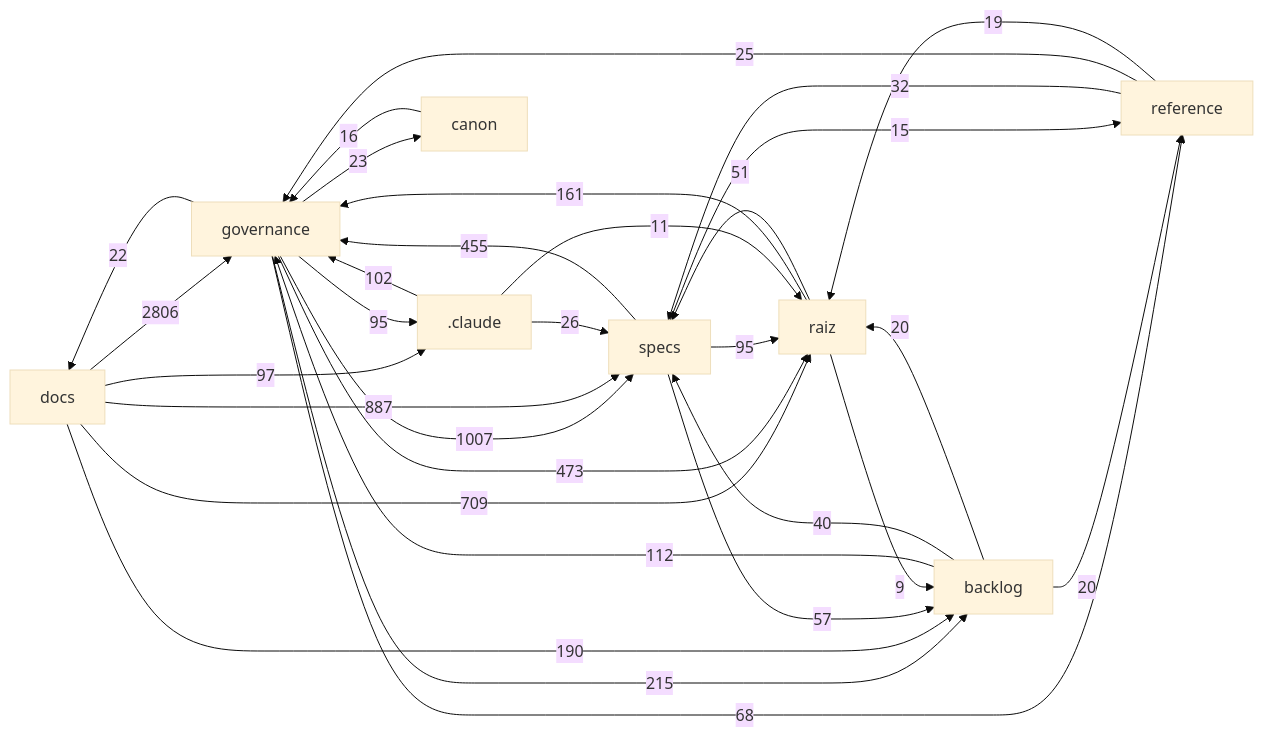
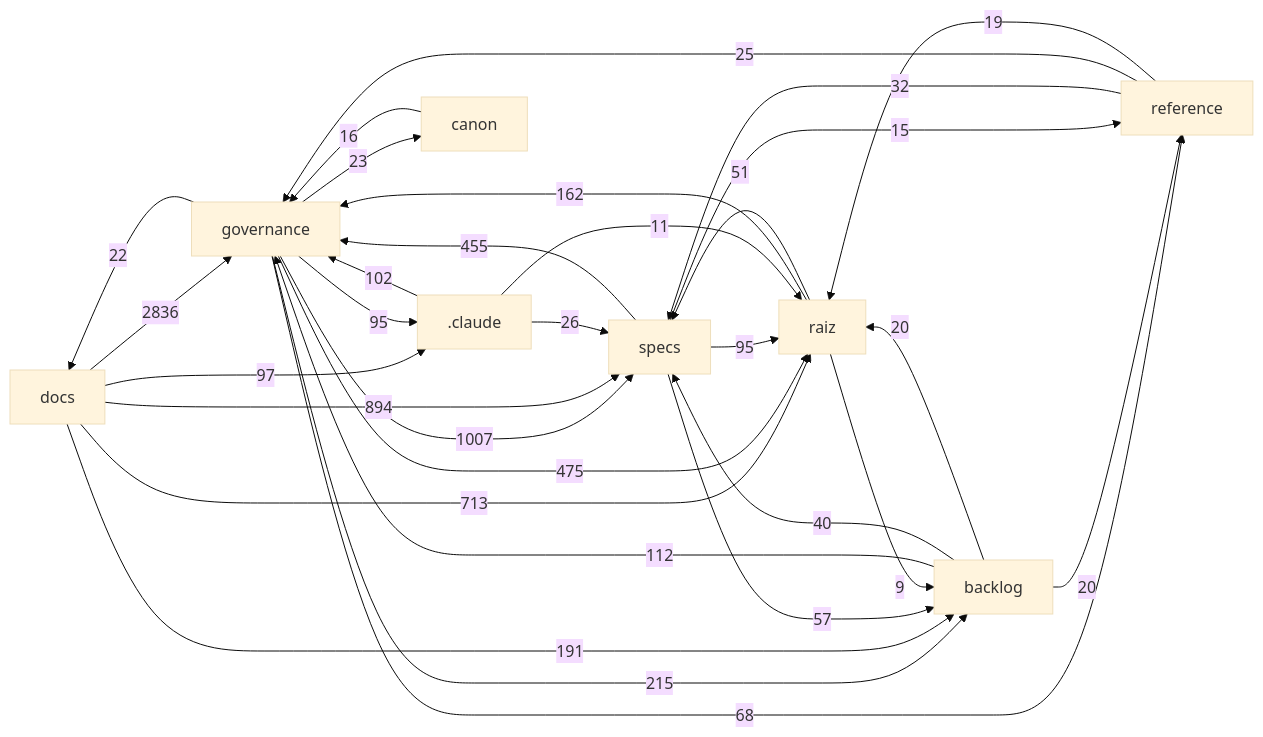
One commit to Andraus35/Sistema-Operacional-de-Trading--SOT changed the diagram in docs/mapa/MAPA-PROJETO.md. Above: the diagram before and after it, drawn with Mermaid (base theme). The commit also changed other lines of this file and 4 other files, not shown here.

````diff
--- a/docs/mapa/MAPA-PROJETO.md
+++ b/docs/mapa/MAPA-PROJETO.md
@@ -29,33 +29,33 @@
 ```mermaid
 flowchart LR
-  docs["docs"] -->|2806| governance["governance"]
+  docs["docs"] -->|2836| governance["governance"]
   governance["governance"] -->|1007| specs["specs"]
-  docs["docs"] -->|887| specs["specs"]
-  docs["docs"] -->|709| raiz["raiz"]
-  governance["governance"] -->|473| raiz["raiz"]
+  docs["docs"] -->|894| specs["specs"]
+  docs["docs"] -->|713| raiz["raiz"]
+  governance["governance"] -->|475| raiz["raiz"]
   specs["specs"] -->|455| governance["governance"]
   governance["governance"] -->|215| backlog["backlog"]
-  docs["docs"] -->|190| backlog["backlog"]
-  raiz["raiz"] -->|161| governance["governance"]
+  docs["docs"] -->|191| backlog["backlog"]
+  raiz["raiz"] -->|162| governance["governance"]
   backlog["backlog"] -->|112| governance["governance"]
   _claude[".claude"] -->|102| governance["governance"]
   docs["docs"] -->|97| _claude[".claude"]
   governance["governance"] -->|95| _claude[".claude"]
   specs["specs"] -->|95| raiz["raiz"]
   governance["governance"] -->|68| reference["reference"]
   specs["specs"] -->|57| backlog["backlog"]
   raiz["raiz"] -->|51| specs["specs"]
   backlog["backlog"] -->|40| specs["specs"]
   reference["reference"] -->|32| specs["specs"]
   _claude[".claude"] -->|26| specs["specs"]
   reference["reference"] -->|25| governance["governance"]
   governance["governance"] -->|23| canon["canon"]
   governance["governance"] -->|22| docs["docs"]
   backlog["backlog"] -->|20| raiz["raiz"]
   backlog["backlog"] -->|20| reference["reference"]
   reference["reference"] -->|19| raiz["raiz"]
   canon["canon"] -->|16| governance["governance"]
   specs["specs"] -->|15| reference["reference"]
   _claude[".claude"] -->|11| raiz["raiz"]
   raiz["raiz"] -->|9| backlog["backlog"]
 ```
````
